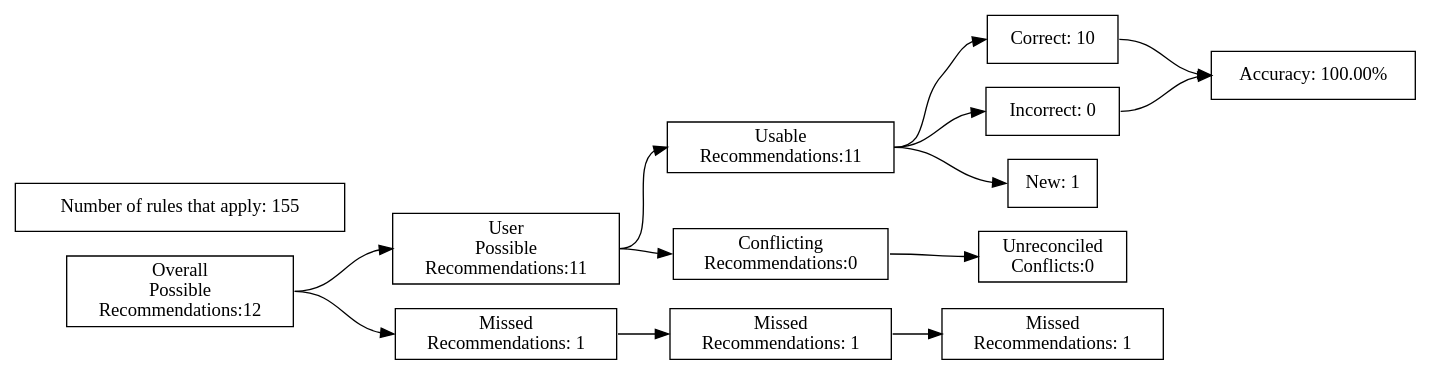
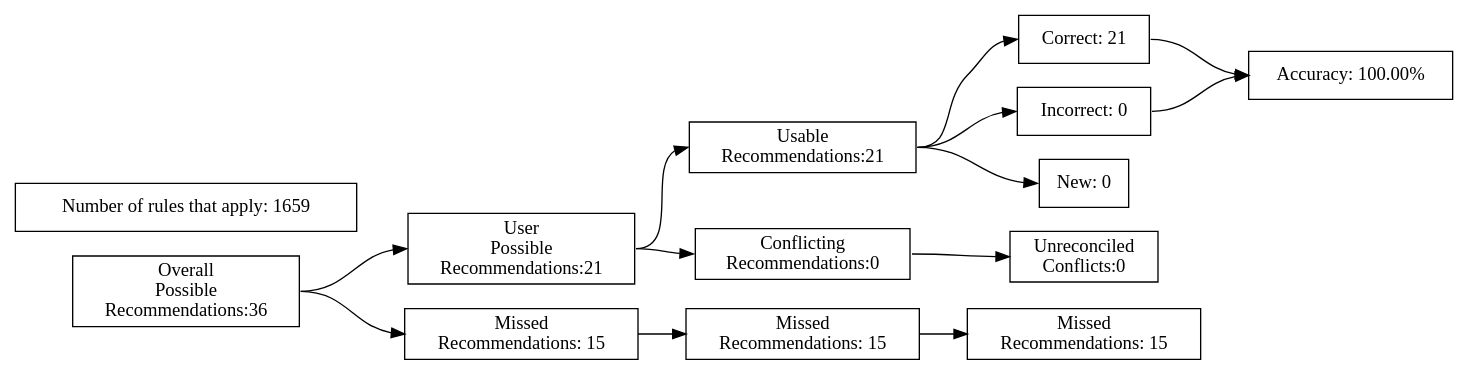
One commit to ZaxR/ibd_diet_analysis changed the diagram in test_renders/12.gv. Above: the diagram before and after it, drawn with Graphviz. The commit also changed 229 other files, not shown here.

```diff
--- a/test_renders/12.gv
+++ b/test_renders/12.gv
@@ -1,40 +1,40 @@
 digraph {
 	graph [rankdir=LR]
 	node [pos=r shape=box]
 	edge [headport=w tailport=e]
 		A [label="Overall
 Possible
-Recommendations:12"]
+Recommendations:36"]
 		B [label="User
 Possible
-Recommendations:11"]
+Recommendations:21"]
 		C [label="Missed
-Recommendations: 1"]
+Recommendations: 15"]
 		D [label="Usable
-Recommendations:11"]
+Recommendations:21"]
 		E [label="Conflicting
 Recommendations:0"]
 		J [label="Missed
-Recommendations: 1"]
+Recommendations: 15"]
 		M [label="Unreconciled
 Conflicts:0"]
-		F [label="Correct: 10"]
+		F [label="Correct: 21"]
 		G [label="Incorrect: 0"]
-		H [label="New: 1"]
+		H [label="New: 0"]
 		K [label="Missed
-Recommendations: 1"]
+Recommendations: 15"]
 		I [label="Accuracy: 100.00%"]
-		l [label="Number of rules that apply: 155"]
+		l [label="Number of rules that apply: 1659"]
 			A -> B
 			A -> C
 			B -> D
 			B -> E
 			D -> F
 			D -> G
 			D -> H
 			F -> I
 			G -> I
 			C -> J
 			J -> K
 			E -> M
 }
```
